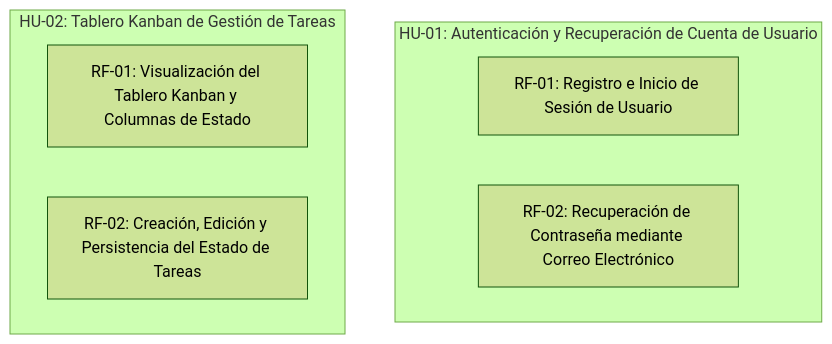
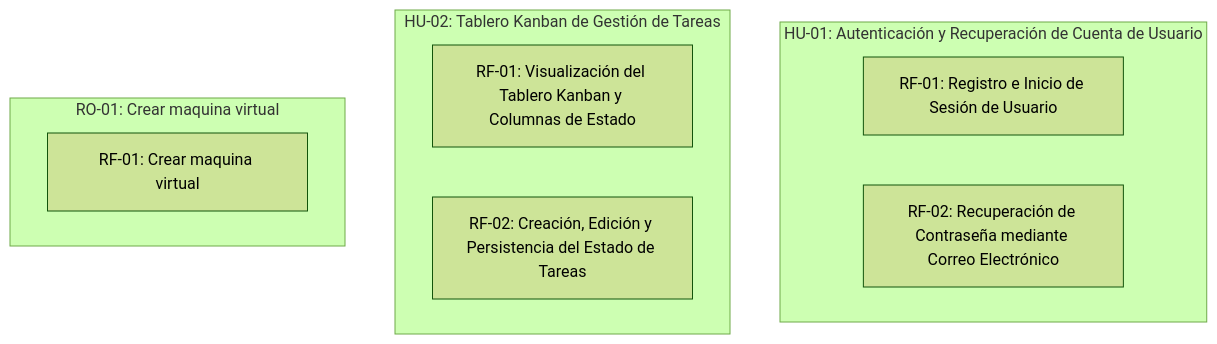
Before and after one commit to Agustin-PerezR/Dashboard: the diagram in scrumDocs/grafo.md, drawn with Mermaid (forest theme). The commit also changed other lines of this file, not shown here.

Commit message:
Auto-publish: actualiza scrumDocs/grafo.md

````diff
--- a/scrumDocs/grafo.md
+++ b/scrumDocs/grafo.md
@@ -5,11 +5,14 @@
 ```mermaid
 graph TD
   subgraph US_1788520746036["HU-01: Autenticación y Recuperación de Cuenta de Usuario"]
     REQ_1788521426728["RF-01: Registro e Inicio de Sesión de Usuario"]
     REQ_1788521431531["RF-02: Recuperación de Contraseña mediante Correo Electrónico"]
   end
   subgraph US_1788520756161["HU-02: Tablero Kanban de Gestión de Tareas"]
     REQ_1788521453775["RF-01: Visualización del Tablero Kanban y Columnas de Estado"]
     REQ_1788521465401["RF-02: Creación, Edición y Persistencia del Estado de Tareas"]
   end
+  subgraph US_1788524188069["RO-01: Crear maquina virtual"]
+    REQ_1788524188077["RF-01: Crear maquina virtual"]
+  end
 ```
````
